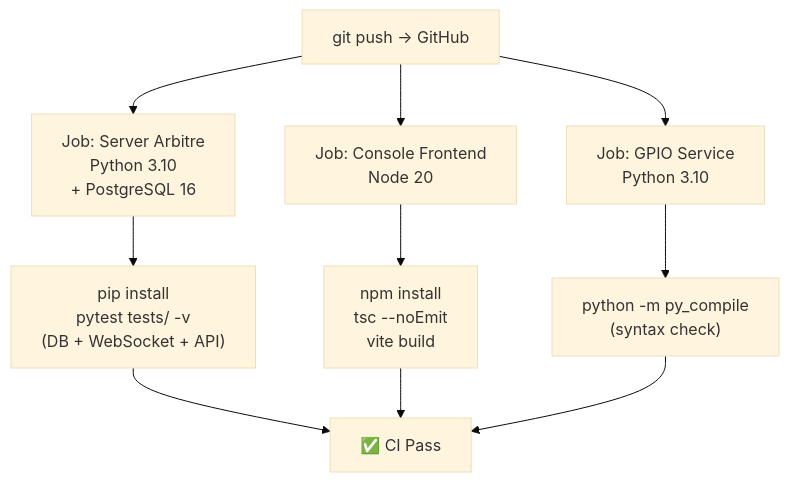
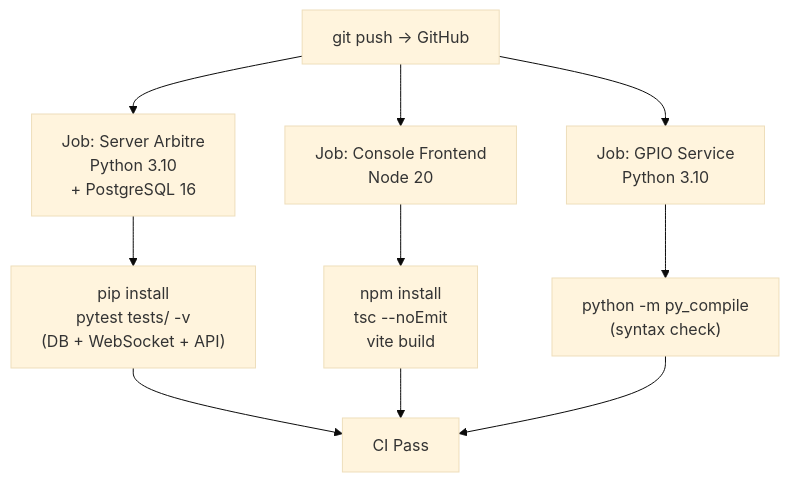
Diagram 16 of 17 in ARCHITECTURE.md (EnterNAthan/RaceTyper), drawn with Mermaid (base theme) before and after one commit. The commit also changed other lines of this file, not shown here.

````diff
--- a/ARCHITECTURE.md
+++ b/ARCHITECTURE.md
@@ -608,16 +608,16 @@
 ```mermaid
 flowchart TD
     PUSH["git push → GitHub"]
 
     PUSH --> J1["Job: Server Arbitre\nPython 3.10\n+ PostgreSQL 16"]
     PUSH --> J2["Job: Console Frontend\nNode 20"]
     PUSH --> J3["Job: GPIO Service\nPython 3.10"]
 
     J1 --> S1["pip install\npytest tests/ -v\n(DB + WebSocket + API)"]
     J2 --> S2["npm install\ntsc --noEmit\nvite build"]
     J3 --> S3["python -m py_compile\n(syntax check)"]
 
-    S1 --> OK["✅ CI Pass"]
+    S1 --> OK["CI Pass"]
     S2 --> OK
     S3 --> OK
 ```
````
